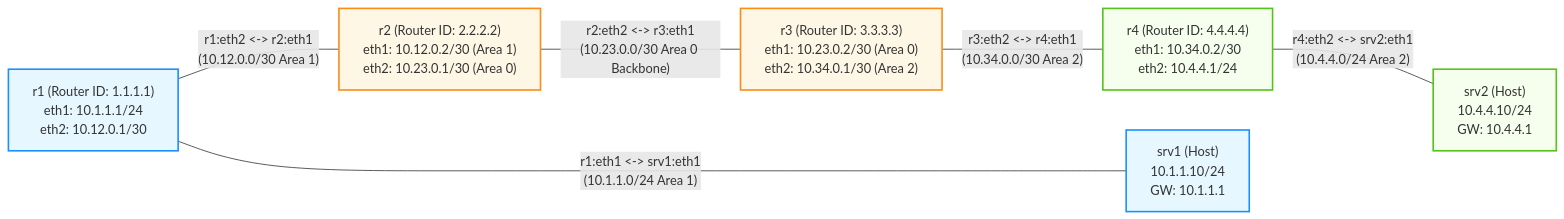
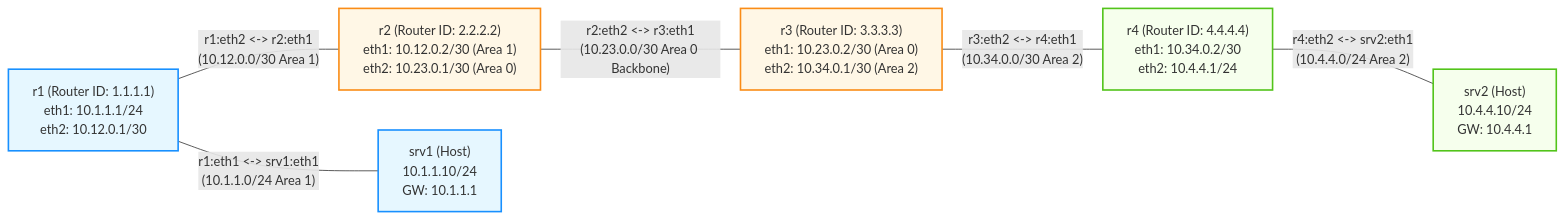
One commit to thangphan205/containerlab-demo changed the diagram in bai-tap-ve-nha/18-troubleshooting-chaos-lab/lab-guide.md. Above: the diagram before and after it, drawn with Mermaid.

Commit message:
update topology

````diff
--- a/bai-tap-ve-nha/18-troubleshooting-chaos-lab/lab-guide.md
+++ b/bai-tap-ve-nha/18-troubleshooting-chaos-lab/lab-guide.md
@@ -24,40 +24,40 @@
 ```mermaid
 graph LR
     classDef area1 fill:#e6f7ff,stroke:#1890ff,stroke-width:2px;
     classDef area0 fill:#fff7e6,stroke:#fa8c16,stroke-width:2px;
     classDef area2 fill:#f6ffed,stroke:#52c41a,stroke-width:2px;
 
     r1["`r1 (Router ID: 1.1.1.1)
 eth1: 10.1.1.1/24
 eth2: 10.12.0.1/30`"]:::area1
     r2["`r2 (Router ID: 2.2.2.2)
 eth1: 10.12.0.2/30 (Area 1)
 eth2: 10.23.0.1/30 (Area 0)`"]:::area0
     r3["`r3 (Router ID: 3.3.3.3)
 eth1: 10.23.0.2/30 (Area 0)
 eth2: 10.34.0.1/30 (Area 2)`"]:::area0
     r4["`r4 (Router ID: 4.4.4.4)
 eth1: 10.34.0.2/30
 eth2: 10.4.4.1/24`"]:::area2
 
     srv1["`srv1 (Host)
 10.1.1.10/24
 GW: 10.1.1.1`"]:::area1
     srv2["`srv2 (Host)
 10.4.4.10/24
 GW: 10.4.4.1`"]:::area2
 
     r1 -- "`r1:eth2 <-> r2:eth1
 (10.12.0.0/30 Area 1)`" --- r2
     r2 -- "`r2:eth2 <-> r3:eth1
 (10.23.0.0/30 Area 0 Backbone)`" --- r3
     r3 -- "`r3:eth2 <-> r4:eth1
 (10.34.0.0/30 Area 2)`" --- r4
 
     r1 -- "`r1:eth1 <-> srv1:eth1
 (10.1.1.0/24 Area 1)`" --- srv1
     r4 -- "`r4:eth2 <-> srv2:eth1
 (10.4.4.0/24 Area 2)`" --- srv2
 
-    srv1 ~~~ srv2
+    srv1 ~~~~~ srv2
 ```
````
